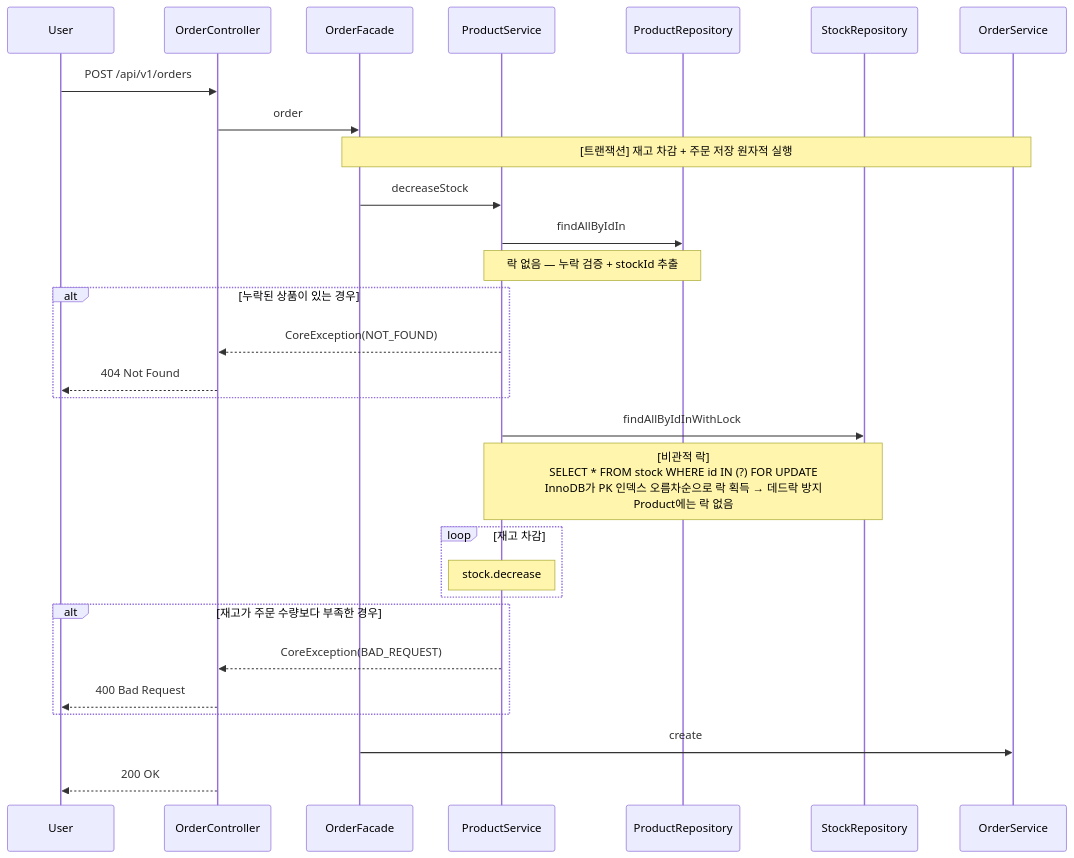
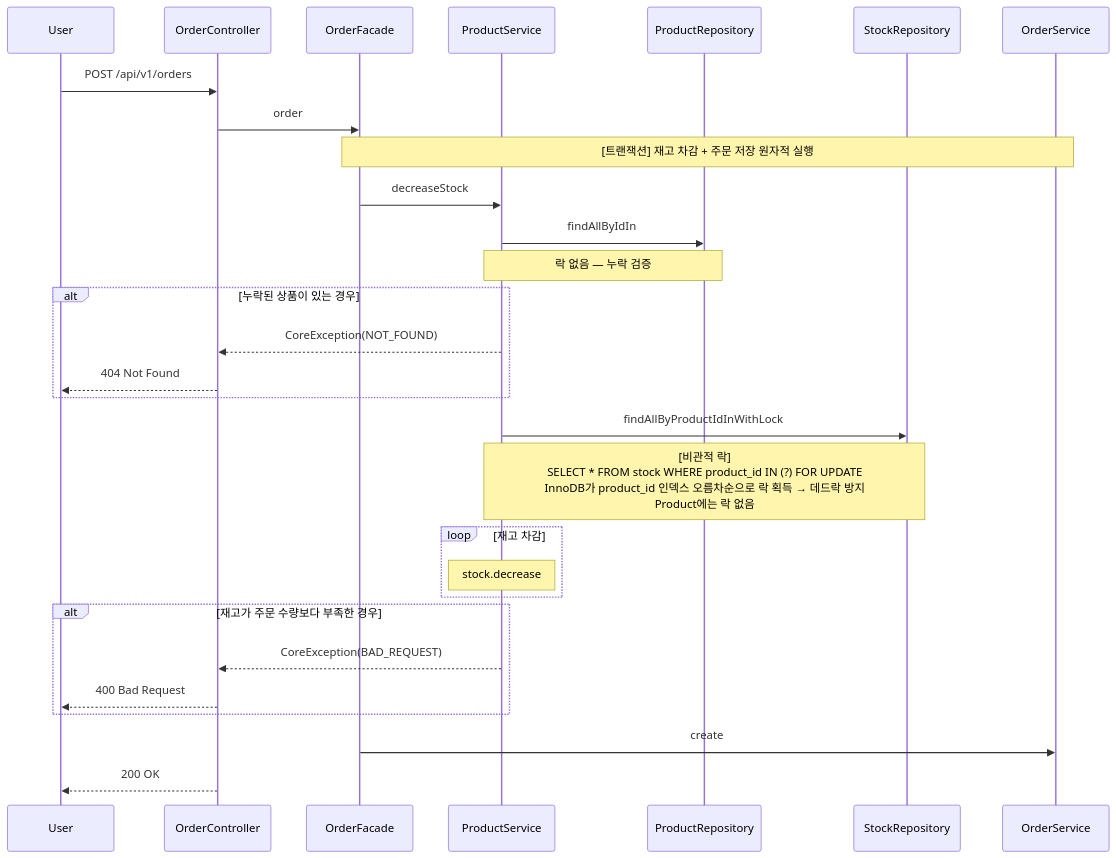
One commit to loopers-labs/loop-pack-be-l2-vol4-java changed the first of 6 diagrams in docs/week2/02-sequence-diagrams.md. Above: the diagram before and after it, drawn with Mermaid. The commit also changed other lines of this file and 2 other files, not shown here.

First line of the commit message:
docs(week2): Product-Stock 관계를 단방향으로 변경

````diff
--- a/docs/week2/02-sequence-diagrams.md
+++ b/docs/week2/02-sequence-diagrams.md
@@ -5,32 +5,32 @@
 ```mermaid
 sequenceDiagram
     participant User
     participant OrderController
     participant OrderFacade
     participant ProductService
     participant ProductRepository
     participant StockRepository
     participant OrderService
 
     User->>OrderController: POST /api/v1/orders
     OrderController->>OrderFacade: order
     Note over OrderFacade,OrderService: [트랜잭션] 재고 차감 + 주문 저장 원자적 실행
     OrderFacade->>ProductService: decreaseStock
     ProductService->>ProductRepository: findAllByIdIn
-    Note over ProductService,ProductRepository: 락 없음 — 누락 검증 + stockId 추출
+    Note over ProductService,ProductRepository: 락 없음 — 누락 검증
     alt 누락된 상품이 있는 경우
         ProductService-->>OrderController: CoreException(NOT_FOUND)
         OrderController-->>User: 404 Not Found
     end
-    ProductService->>StockRepository: findAllByIdInWithLock
-    Note over ProductService,StockRepository: [비관적 락]<br/>SELECT * FROM stock WHERE id IN (?) FOR UPDATE<br/>InnoDB가 PK 인덱스 오름차순으로 락 획득 → 데드락 방지<br/>Product에는 락 없음
+    ProductService->>StockRepository: findAllByProductIdInWithLock
+    Note over ProductService,StockRepository: [비관적 락]<br/>SELECT * FROM stock WHERE product_id IN (?) FOR UPDATE<br/>InnoDB가 product_id 인덱스 오름차순으로 락 획득 → 데드락 방지<br/>Product에는 락 없음
     loop 재고 차감
         Note over ProductService: stock.decrease
     end
     alt 재고가 주문 수량보다 부족한 경우
         ProductService-->>OrderController: CoreException(BAD_REQUEST)
         OrderController-->>User: 400 Bad Request
     end
     OrderFacade->>OrderService: create
     OrderController-->>User: 200 OK
 ```
````
